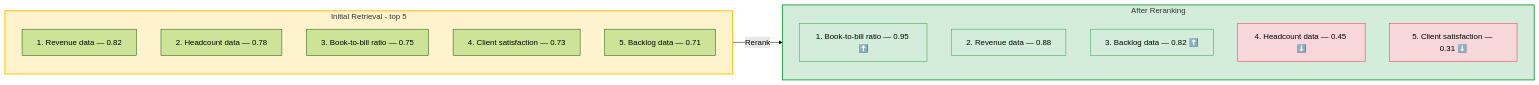
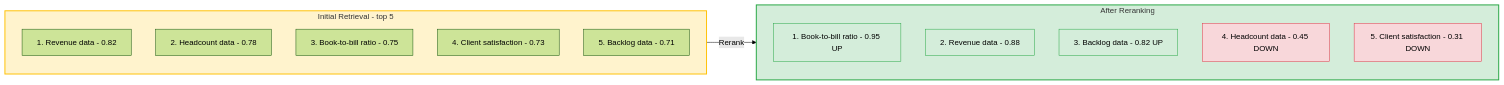
The seventh of 10 diagrams in docs/04-rag-deep-dive.md (ithinktavo/GenAI-Engineering-Handbook), drawn with Mermaid (forest theme) before and after one commit. The commit also changed other lines of this file and 10 other files, not shown here.

Commit message:
Diagram updates

````diff
--- a/docs/04-rag-deep-dive.md
+++ b/docs/04-rag-deep-dive.md
@@ -329,28 +329,28 @@
 ```mermaid
 graph LR
     subgraph BEFORE["Initial Retrieval - top 5"]
-        B1["1. Revenue data — 0.82"]
-        B2["2. Headcount data — 0.78"]
-        B3["3. Book-to-bill ratio — 0.75"]
-        B4["4. Client satisfaction — 0.73"]
-        B5["5. Backlog data — 0.71"]
+        B1["1. Revenue data - 0.82"]
+        B2["2. Headcount data - 0.78"]
+        B3["3. Book-to-bill ratio - 0.75"]
+        B4["4. Client satisfaction - 0.73"]
+        B5["5. Backlog data - 0.71"]
     end
 
     BEFORE -->|"Rerank"| AFTER
 
     subgraph AFTER["After Reranking"]
-        A1["1. Book-to-bill ratio — 0.95 ⬆️"]
-        A2["2. Revenue data — 0.88"]
-        A3["3. Backlog data — 0.82 ⬆️"]
-        A4["4. Headcount data — 0.45 ⬇️"]
-        A5["5. Client satisfaction — 0.31 ⬇️"]
+        A1["1. Book-to-bill ratio - 0.95 UP"]
+        A2["2. Revenue data - 0.88"]
+        A3["3. Backlog data - 0.82 UP"]
+        A4["4. Headcount data - 0.45 DOWN"]
+        A5["5. Client satisfaction - 0.31 DOWN"]
     end
 
     style BEFORE fill:#fff3cd,stroke:#ffc107,stroke-width:2px
     style AFTER fill:#d4edda,stroke:#28a745,stroke-width:2px
     style A1 fill:#d4edda,stroke:#28a745
     style A2 fill:#d4edda,stroke:#28a745
     style A3 fill:#d4edda,stroke:#28a745
     style A4 fill:#f8d7da,stroke:#dc3545
     style A5 fill:#f8d7da,stroke:#dc3545
 ```
````
